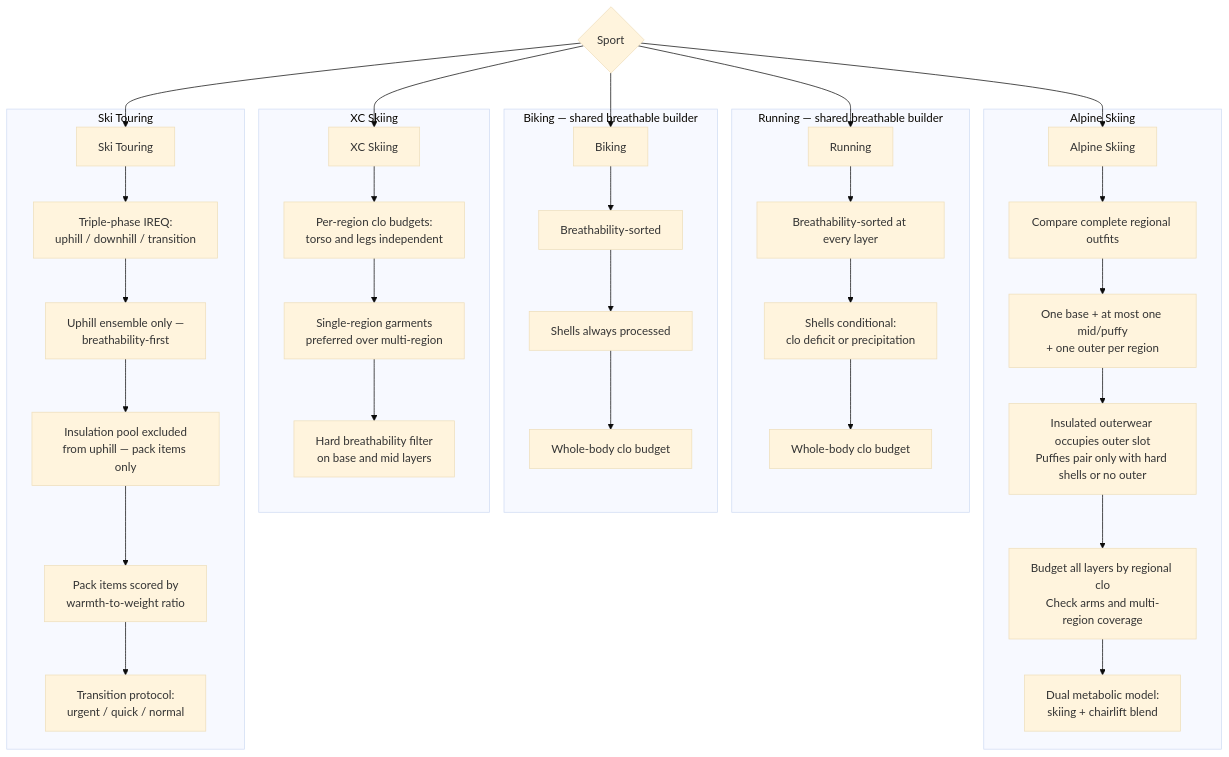
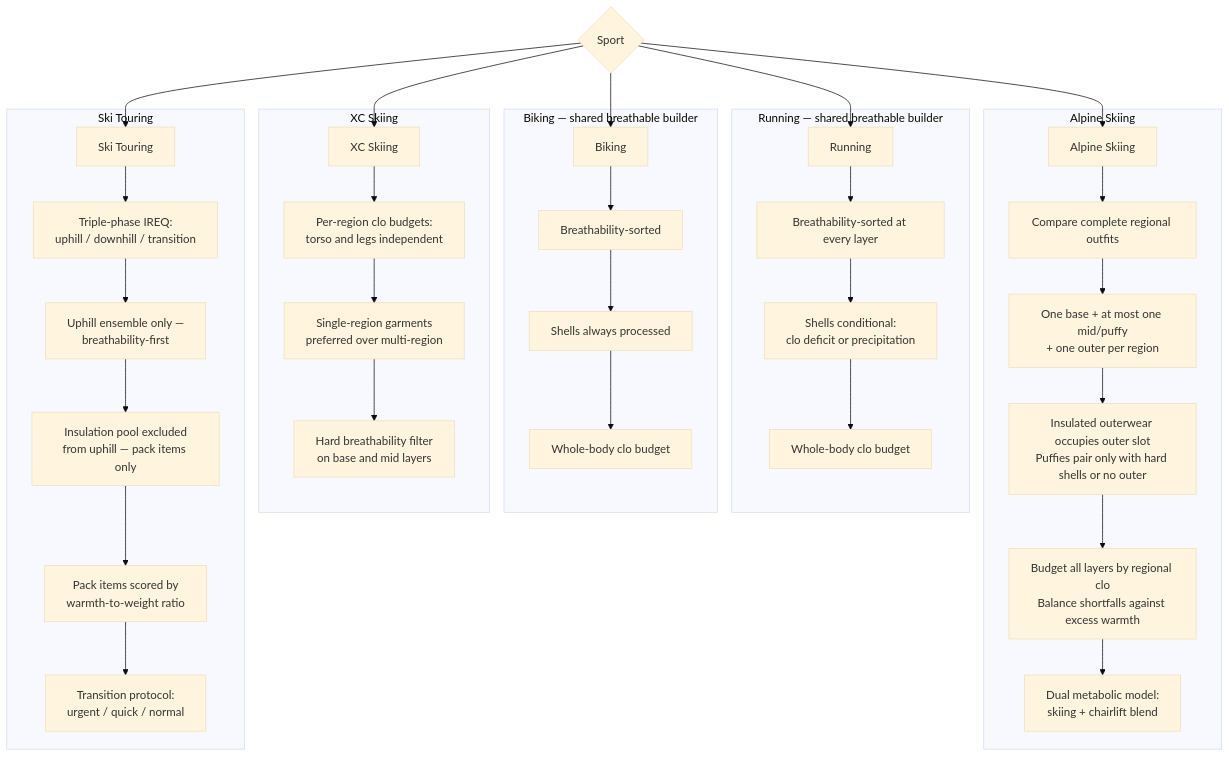
The fourth of 6 diagrams in README.md (derobertsw/swttr), drawn with Mermaid (base theme) before and after one commit. The commit also changed other lines of this file and 8 other files, not shown here.

````diff
--- a/README.md
+++ b/README.md
@@ -164,42 +164,42 @@
 ```mermaid
 graph TD
     SPORT{Sport} --> RUN[Running]
     SPORT --> BIKE[Biking]
     SPORT --> ALP[Alpine Skiing]
     SPORT --> XC[XC Skiing]
     SPORT --> TOUR[Ski Touring]
 
     subgraph "Running — shared breathable builder"
         RUN --> R1[Breathability-sorted at every layer]
         R1 --> R2[Shells conditional:<br/>clo deficit or precipitation]
         R2 --> R3[Whole-body clo budget]
     end
 
     subgraph "Biking — shared breathable builder"
         BIKE --> B1[Breathability-sorted]
         B1 --> B2[Shells always processed]
         B2 --> B3[Whole-body clo budget]
     end
 
     subgraph "Alpine Skiing"
         ALP --> A1[Compare complete regional outfits]
         A1 --> A2[One base + at most one mid/puffy<br/>+ one outer per region]
         A2 --> A3[Insulated outerwear occupies outer slot<br/>Puffies pair only with hard shells or no outer]
-        A3 --> A4[Budget all layers by regional clo<br/>Check arms and multi-region coverage]
+        A3 --> A4[Budget all layers by regional clo<br/>Balance shortfalls against excess warmth]
         A4 --> A5[Dual metabolic model:<br/>skiing + chairlift blend]
     end
 
     subgraph "XC Skiing"
         XC --> X1[Per-region clo budgets:<br/>torso and legs independent]
         X1 --> X2[Single-region garments<br/>preferred over multi-region]
         X2 --> X3[Hard breathability filter<br/>on base and mid layers]
     end
 
     subgraph "Ski Touring"
         TOUR --> T1a[Triple-phase IREQ:<br/>uphill / downhill / transition]
         T1a --> T2a[Uphill ensemble only —<br/>breathability-first]
         T2a --> T3a[Insulation pool excluded<br/>from uphill — pack items only]
         T3a --> T4a[Pack items scored by<br/>warmth-to-weight ratio]
         T4a --> T5a[Transition protocol:<br/>urgent / quick / normal]
     end
 ```
````
